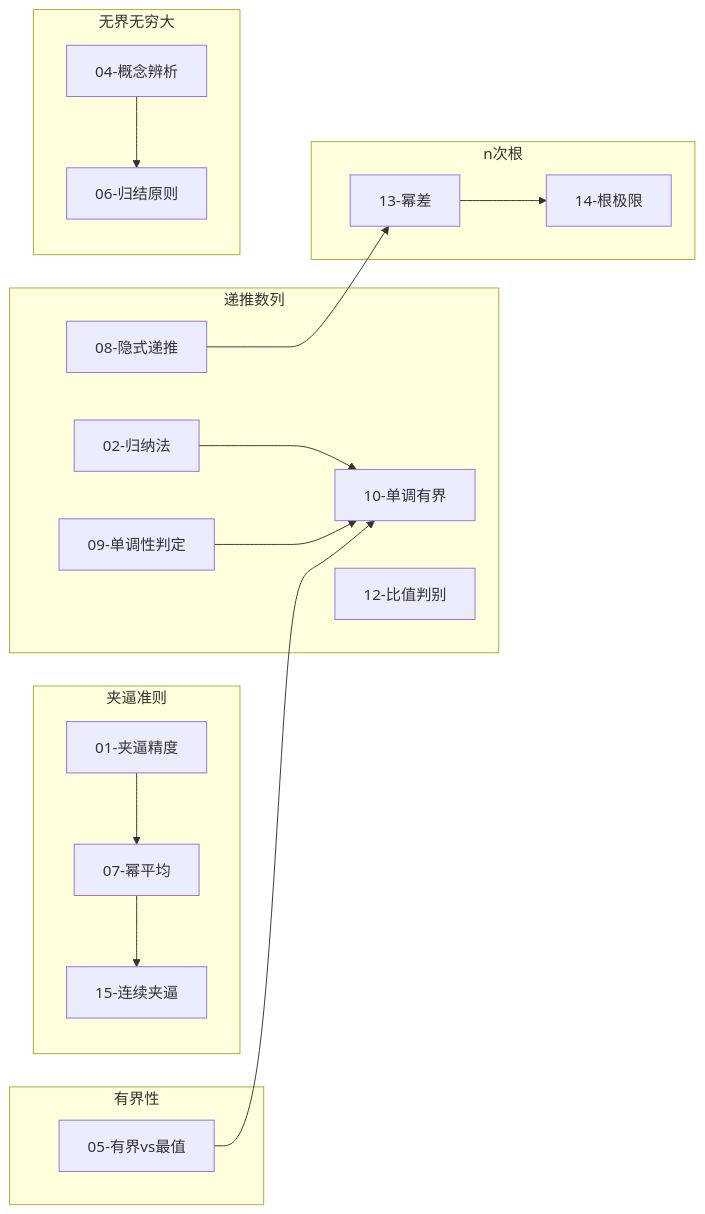
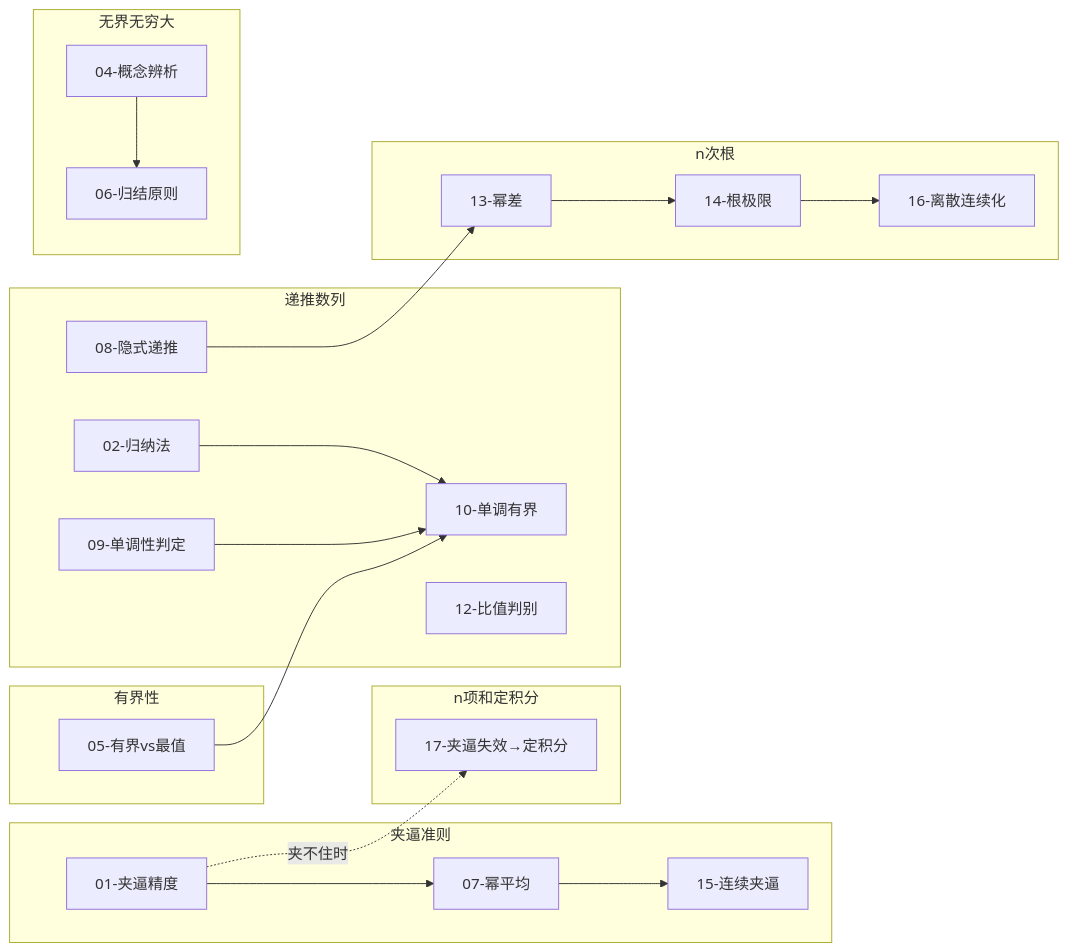
Before and after one commit to Treasoni/kaoyan: the diagram in 考研数学/高数-数列极限/错题本.md, drawn with Mermaid. The commit also changed other lines of this file and 3 other files, not shown here.

````diff
--- a/考研数学/高数-数列极限/错题本.md
+++ b/考研数学/高数-数列极限/错题本.md
@@ -74,39 +81,46 @@
 ```mermaid
 graph LR
     subgraph 夹逼准则
         M01[01-夹逼精度]
         M07[07-幂平均]
         M15[15-连续夹逼]
+    end
+
+    subgraph n项和定积分
+        M17[17-夹逼失效→定积分]
     end
 
     subgraph 递推数列
         M02[02-归纳法]
         M08[08-隐式递推]
         M09[09-单调性判定]
         M10[10-单调有界]
         M12[12-比值判别]
     end
 
     subgraph 有界性
         M05[05-有界vs最值]
     end
 
     subgraph 无界无穷大
         M04[04-概念辨析]
         M06[06-归结原则]
     end
 
     subgraph n次根
         M13[13-幂差]
         M14[14-根极限]
+        M16[16-离散连续化]
     end
 
     M01 --> M07
     M07 --> M15
+    M01 -.->|夹不住时| M17
     M02 --> M10
     M09 --> M10
     M04 --> M06
     M08 --> M13
     M13 --> M14
+    M14 --> M16
     M05 --> M10
 ```
````
